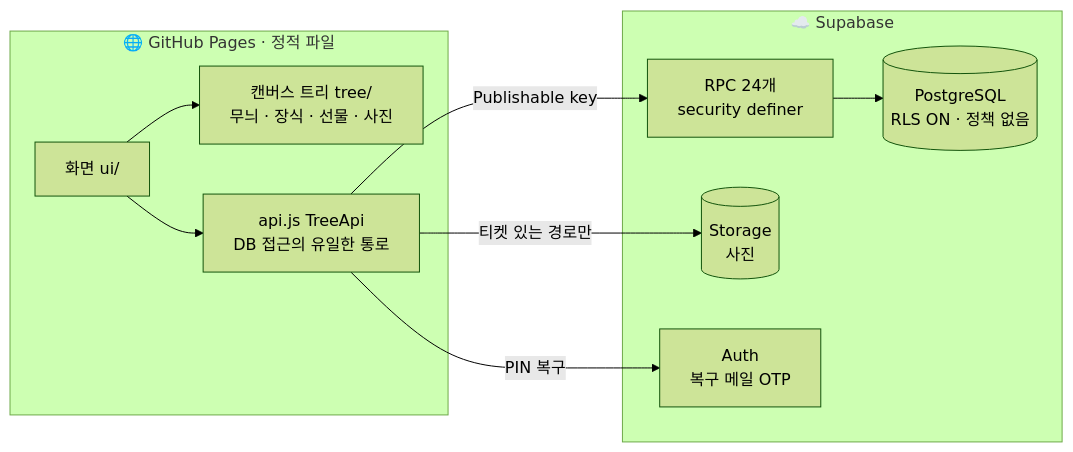
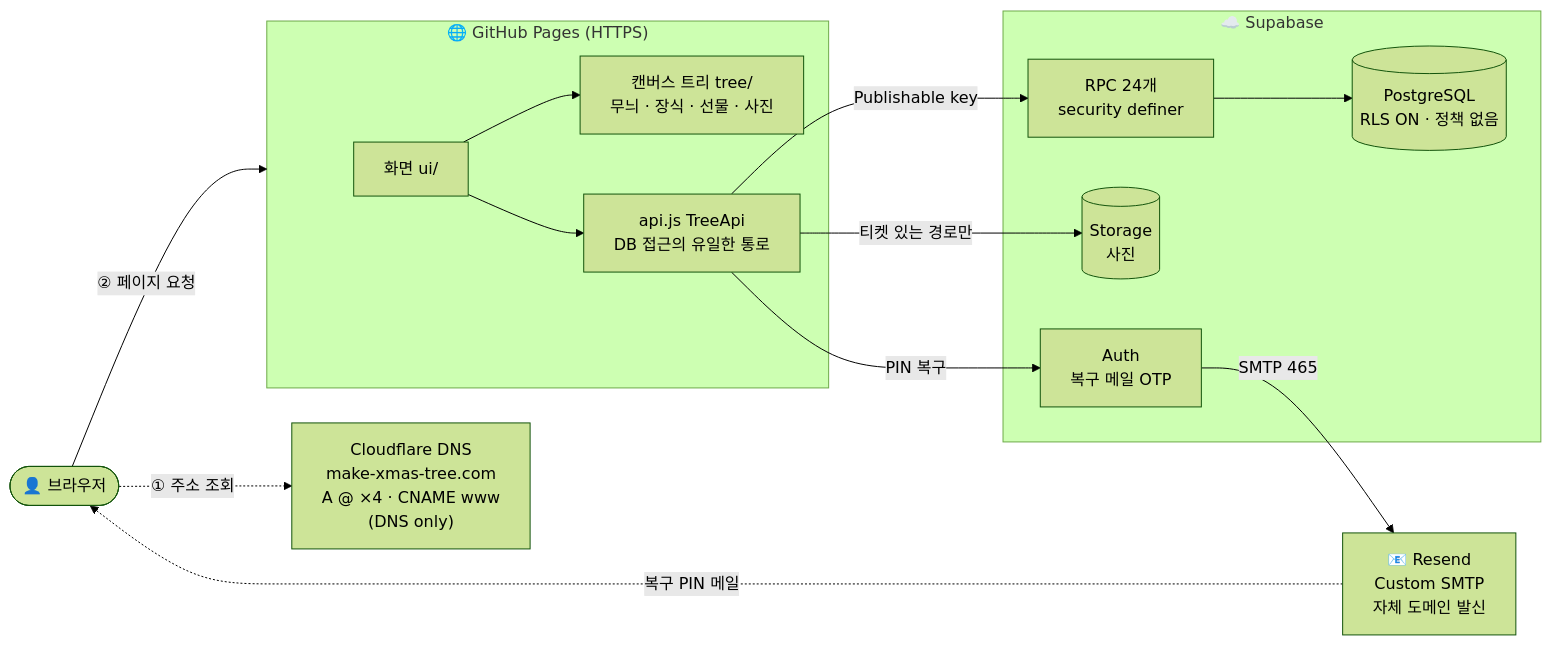
The first of 4 diagrams in README.md (dae-won-kim/code-christmas-tree), drawn with Mermaid (forest theme) before and after one commit. The commit also changed other lines of this file and 6 other files, not shown here.

First line of the commit message:
docs: 자체 도메인(make-xmas-tree.com) · Resend SMTP 기준으로 문서 갱신

````diff
--- a/README.md
+++ b/README.md
@@ -35,15 +38,22 @@
 ```mermaid
 flowchart LR
-  subgraph WEB["🌐 GitHub Pages · 정적 파일"]
+  USER(["👤 브라우저"])
+  CF["Cloudflare DNS<br/>make-xmas-tree.com<br/>A @ ×4 · CNAME www<br/>(DNS only)"]
+  subgraph WEB["🌐 GitHub Pages (HTTPS)"]
     UI["화면 ui/"] --> TREE["캔버스 트리 tree/<br/>무늬 · 장식 · 선물 · 사진"]
     UI --> API["api.js TreeApi<br/>DB 접근의 유일한 통로"]
   end
   subgraph SB["☁️ Supabase"]
     RPC["RPC 24개<br/>security definer"] --> DB[("PostgreSQL<br/>RLS ON · 정책 없음")]
     ST[("Storage<br/>사진")]
     AU["Auth<br/>복구 메일 OTP"]
   end
+  RS["📧 Resend<br/>Custom SMTP<br/>자체 도메인 발신"]
+  USER -.->|"① 주소 조회"| CF
+  USER -->|"② 페이지 요청"| WEB
   API -->|"Publishable key"| RPC
   API -->|"티켓 있는 경로만"| ST
   API -->|"PIN 복구"| AU
+  AU -->|"SMTP 465"| RS
+  RS -.->|"복구 PIN 메일"| USER
 ```
````
